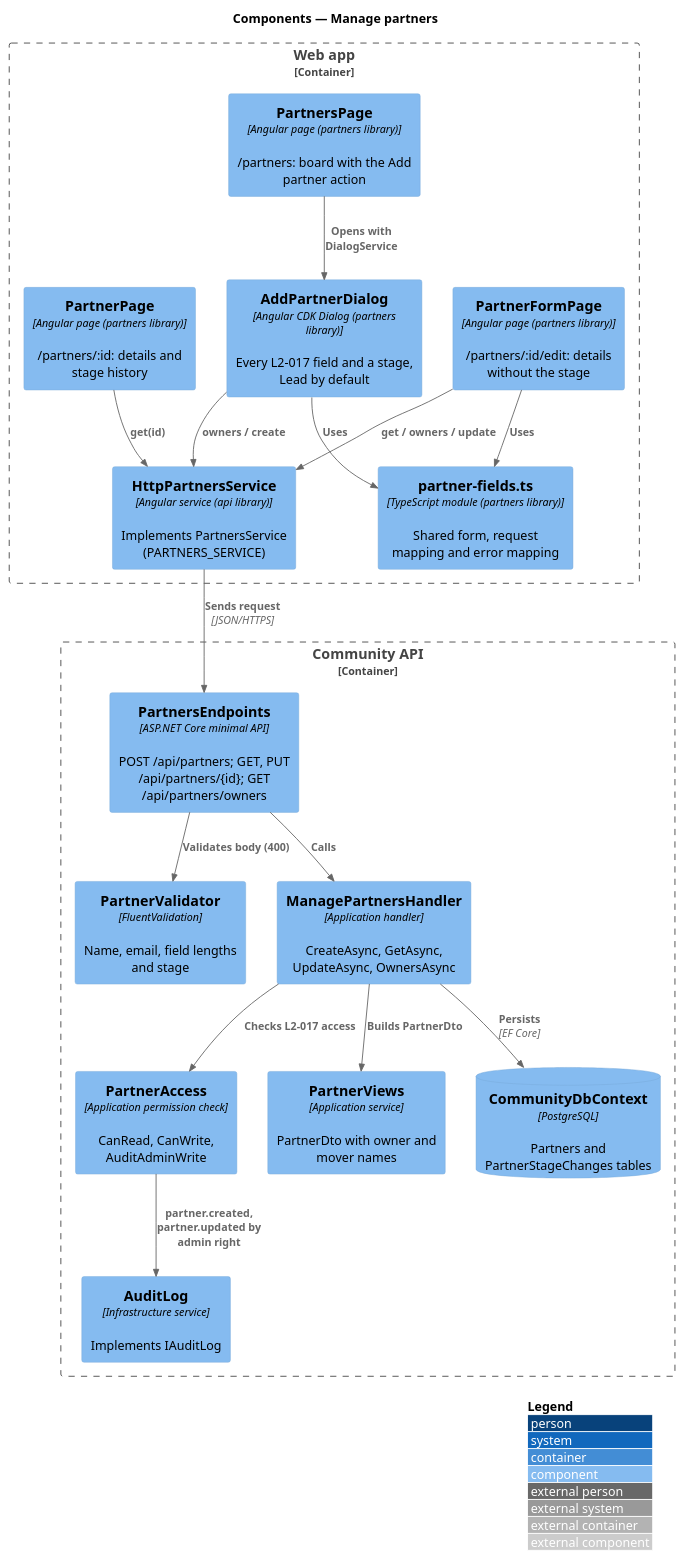
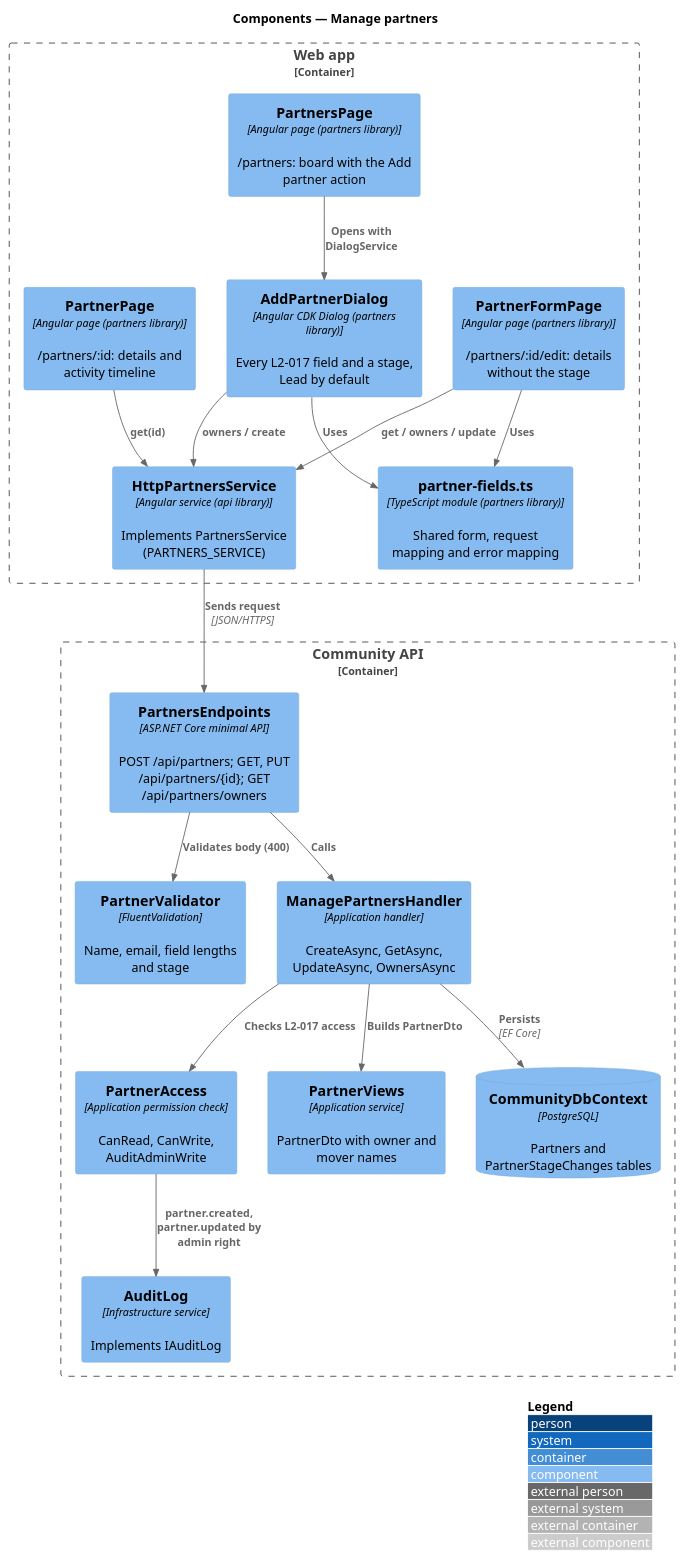
One commit to QuinntyneBrown/quinntyne-brown changed the diagram in docs/detailed-designs/partners/manage-partners/diagrams/c4-component.puml. Above: the diagram before and after it, drawn with PlantUML. The commit also changed 576 other files, not shown here.

First line of the commit message:
Add partner activity, duplicates and merge, event check-in and Reports

```diff
--- a/docs/detailed-designs/partners/manage-partners/diagrams/c4-component.puml
+++ b/docs/detailed-designs/partners/manage-partners/diagrams/c4-component.puml
@@ -1,35 +1,35 @@
 @startuml
 !include <C4/C4_Component>
 LAYOUT_WITH_LEGEND()
 title Components — Manage partners
 Container_Boundary(web, "Web app") {
   Component(board, "PartnersPage", "Angular page (partners library)", "/partners: board with the Add partner action")
   Component(dlg, "AddPartnerDialog", "Angular CDK Dialog (partners library)", "Every L2-017 field and a stage, Lead by default")
-  Component(page, "PartnerPage", "Angular page (partners library)", "/partners/:id: details and stage history")
+  Component(page, "PartnerPage", "Angular page (partners library)", "/partners/:id: details and activity timeline")
   Component(form, "PartnerFormPage", "Angular page (partners library)", "/partners/:id/edit: details without the stage")
   Component(fields, "partner-fields.ts", "TypeScript module (partners library)", "Shared form, request mapping and error mapping")
   Component(svc, "HttpPartnersService", "Angular service (api library)", "Implements PartnersService (PARTNERS_SERVICE)")
 }
 Container_Boundary(api, "Community API") {
   Component(ep, "PartnersEndpoints", "ASP.NET Core minimal API", "POST /api/partners; GET, PUT /api/partners/{id}; GET /api/partners/owners")
   Component(val, "PartnerValidator", "FluentValidation", "Name, email, field lengths and stage")
   Component(h, "ManagePartnersHandler", "Application handler", "CreateAsync, GetAsync, UpdateAsync, OwnersAsync")
   Component(acc, "PartnerAccess", "Application permission check", "CanRead, CanWrite, AuditAdminWrite")
   Component(views, "PartnerViews", "Application service", "PartnerDto with owner and mover names")
   Component(audit, "AuditLog", "Infrastructure service", "Implements IAuditLog")
   ComponentDb(db, "CommunityDbContext", "PostgreSQL", "Partners and PartnerStageChanges tables")
 }
 Rel(board, dlg, "Opens with DialogService")
 Rel(dlg, fields, "Uses")
 Rel(form, fields, "Uses")
 Rel(dlg, svc, "owners / create")
 Rel(page, svc, "get(id)")
 Rel(form, svc, "get / owners / update")
 Rel(svc, ep, "Sends request", "JSON/HTTPS")
 Rel(ep, val, "Validates body (400)")
 Rel(ep, h, "Calls")
 Rel(h, acc, "Checks L2-017 access")
 Rel(h, views, "Builds PartnerDto")
 Rel(acc, audit, "partner.created, partner.updated by admin right")
 Rel(h, db, "Persists", "EF Core")
 @enduml
```
